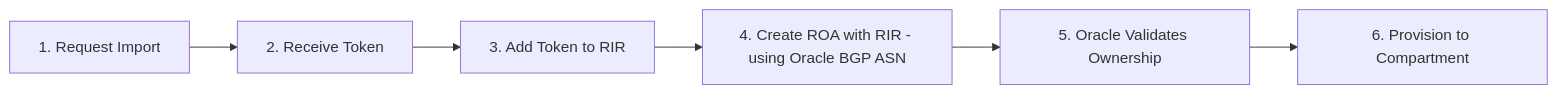
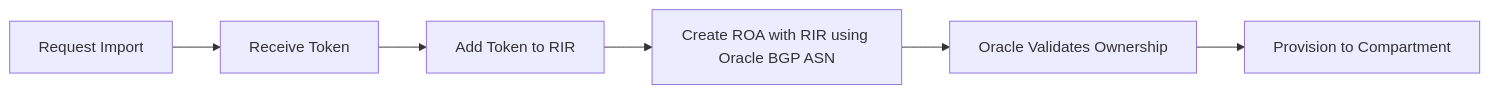
Before and after one commit to pgEspiritu/Oracle-Cloud-Infrastructure-Architect-Associate: the diagram in Networking-IP-Management/Bring-Your-Own-IP-Addresses.md, drawn with Mermaid.

````diff
--- a/Networking-IP-Management/Bring-Your-Own-IP-Addresses.md
+++ b/Networking-IP-Management/Bring-Your-Own-IP-Addresses.md
@@ -71,8 +71,8 @@
 ```mermaid
 flowchart LR
-    A[1. Request Import] --> B[2. Receive Token]
-    B --> C[3. Add Token to RIR]
-    C --> D[4. Create ROA with RIR - using Oracle BGP ASN]
-    D --> E[5. Oracle Validates Ownership]
-    E --> F[6. Provision to Compartment]
+    A[Request Import] --> B[Receive Token]
+    B --> C[Add Token to RIR]
+    C --> D[Create ROA with RIR using Oracle BGP ASN]
+    D --> E[Oracle Validates Ownership]
+    E --> F[Provision to Compartment]
 ```
````
